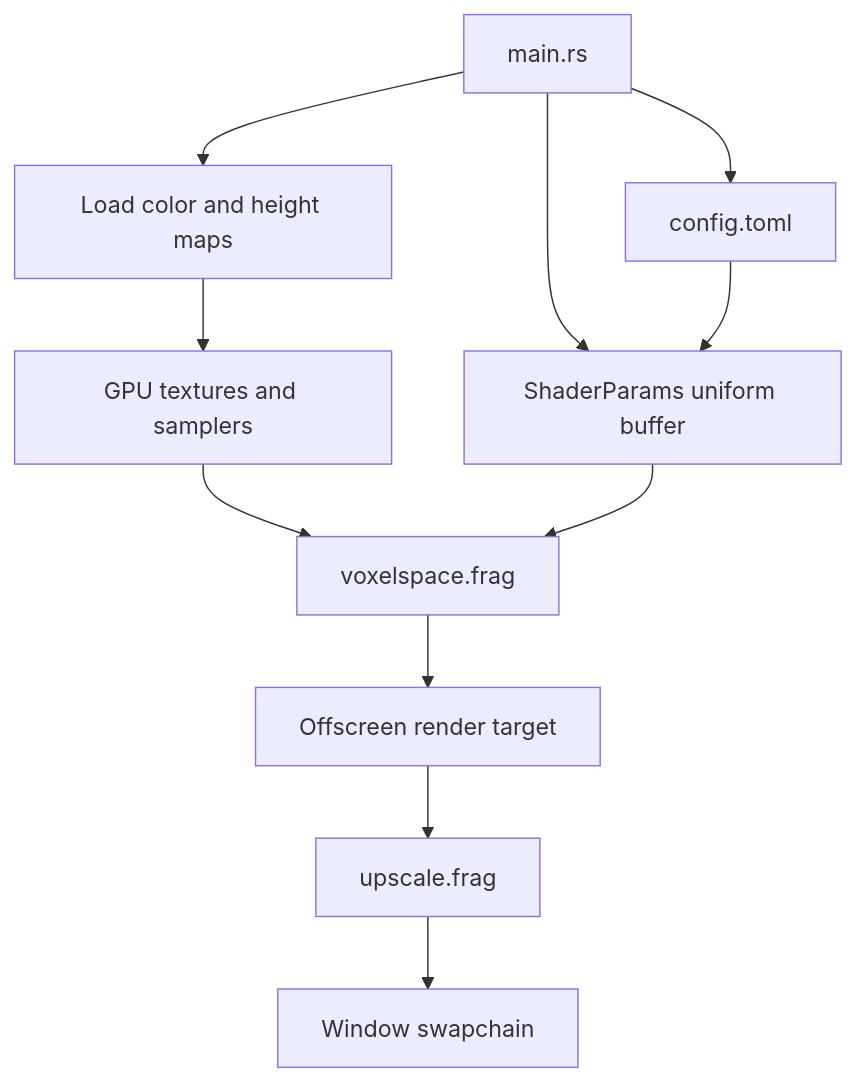
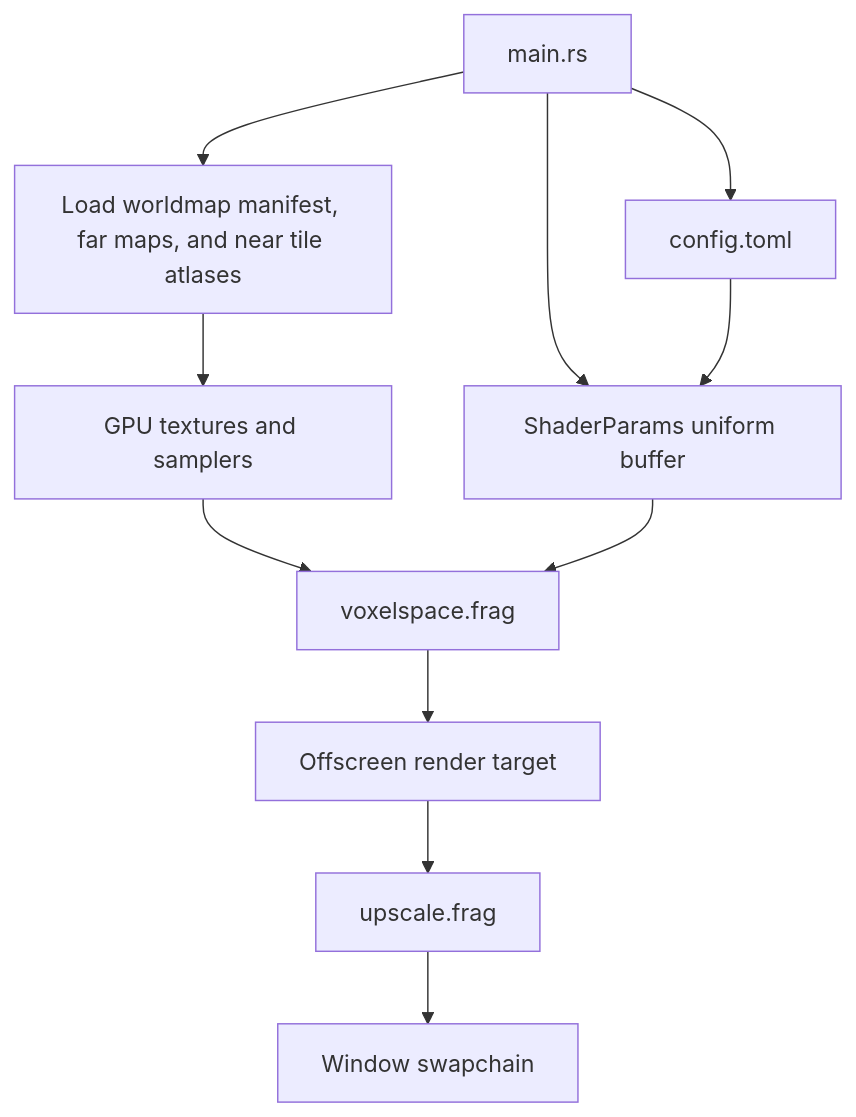
One commit to lfdwm/tungsten changed the diagram in docs/terrain-renderer.md. Above: the diagram before and after it, drawn with Mermaid. The commit also changed other lines of this file and 10 other files, not shown here.

````diff
--- a/docs/terrain-renderer.md
+++ b/docs/terrain-renderer.md
@@ -14,13 +14,13 @@
 ```mermaid
 flowchart TD
-    CPU[main.rs] --> LoadMaps[Load color and height maps]
+    CPU[main.rs] --> LoadMaps[Load worldmap manifest, far maps, and near tile atlases]
     LoadMaps --> GPUTextures[GPU textures and samplers]
     CPU --> Config[config.toml]
     CPU --> Uniforms[ShaderParams uniform buffer]
     Config --> Uniforms
     GPUTextures --> TerrainShader[voxelspace.frag]
     Uniforms --> TerrainShader
     TerrainShader --> LowResTarget[Offscreen render target]
     LowResTarget --> Upscale[upscale.frag]
     Upscale --> Swapchain[Window swapchain]
 ```
````
